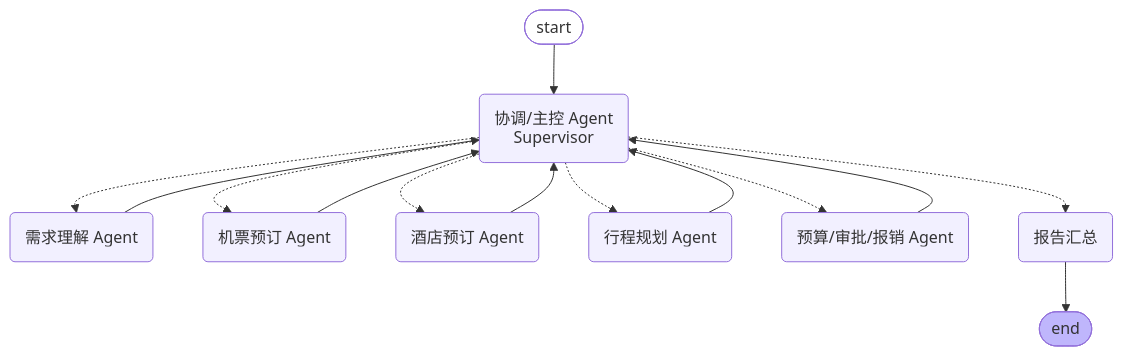
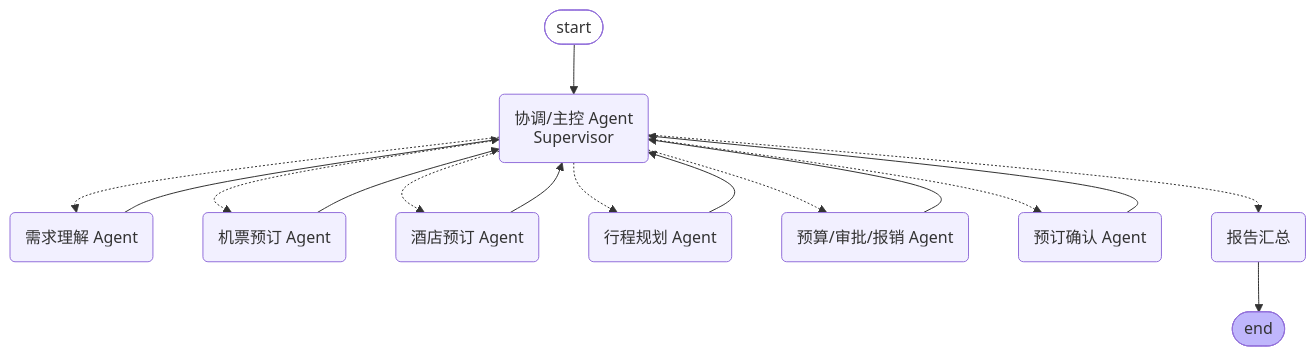
One commit to renruoning/Multiple-Agent changed the diagram in README.md. Above: the diagram before and after it, drawn with Mermaid. The commit also changed other lines of this file and 26 other files, not shown here.

````diff
--- a/README.md
+++ b/README.md
@@ -14,28 +14,31 @@
 ```mermaid
 graph TD;
 	__start__([start]):::first
 	supervisor(协调/主控 Agent<br/>Supervisor)
 	requirement(需求理解 Agent)
 	flight(机票预订 Agent)
 	hotel(酒店预订 Agent)
 	itinerary(行程规划 Agent)
 	budget(预算/审批/报销 Agent)
+	confirm(预订确认 Agent)
 	report(报告汇总)
 	__end__([end]):::last
 	__start__ --> supervisor;
 	requirement --> supervisor;
 	flight --> supervisor;
 	hotel --> supervisor;
 	itinerary --> supervisor;
 	budget --> supervisor;
+	confirm --> supervisor;
 	supervisor -.-> requirement;
 	supervisor -.-> flight;
 	supervisor -.-> hotel;
 	supervisor -.-> itinerary;
 	supervisor -.-> budget;
+	supervisor -.-> confirm;
 	supervisor -.-> report;
 	report --> __end__;
 	classDef default fill:#f2f0ff,line-height:1.2
 	classDef first fill-opacity:0
 	classDef last fill:#bfb6fc
 ```
````
